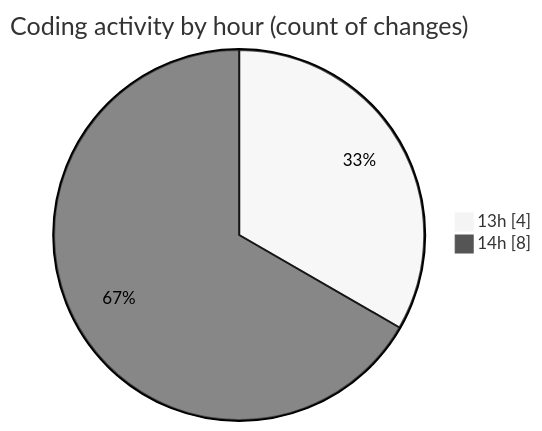
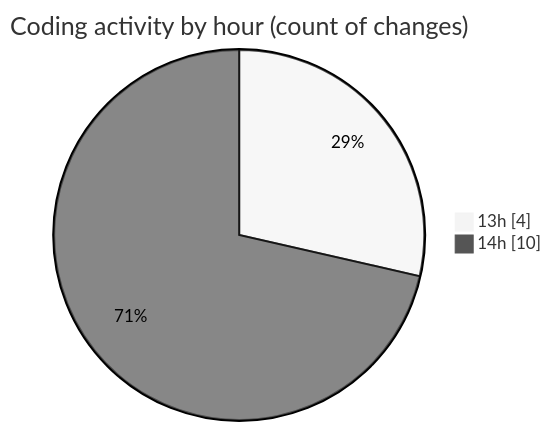
Before and after one commit to nxtqubesakshisongat/code-tracking: the second of 2 diagrams in 2025-09-21/nxtqube_webapp/README.md, drawn with Mermaid (neutral theme). The commit also changed other lines of this file and 1 other file, not shown here.

````diff
--- a/2025-09-21/nxtqube_webapp/README.md
+++ b/2025-09-21/nxtqube_webapp/README.md
@@ -31,6 +31,6 @@
 ```mermaid
 pie showData
 title Coding activity by hour (count of changes)
 "13h" : 4
-"14h" : 8
+"14h" : 10
 ```
````
